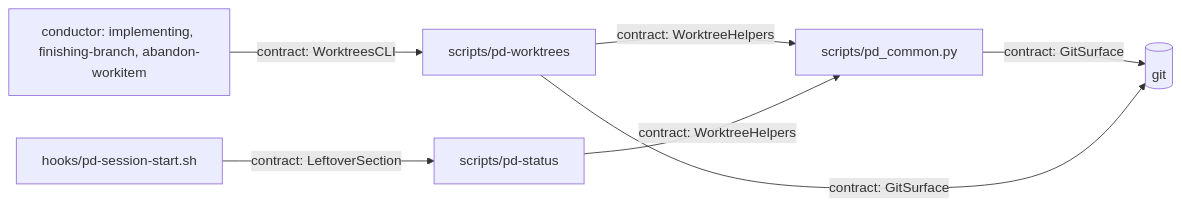
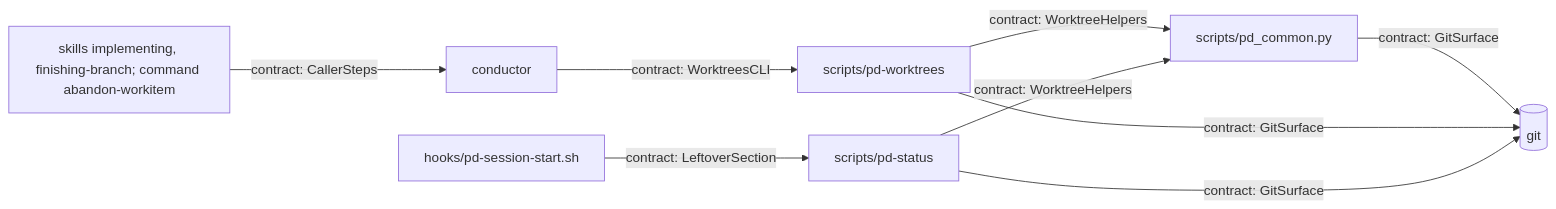
Before and after one commit to clthuang/pedantic-drip: the diagram in docs/dev_artifacts/workitems/2026-11-03-worktree-management-pd/shape.md, drawn with Mermaid. The commit also changed other lines of this file and 1 other file, not shown here.

````diff
--- a/docs/dev_artifacts/workitems/2026-11-03-worktree-management-pd/shape.md
+++ b/docs/dev_artifacts/workitems/2026-11-03-worktree-management-pd/shape.md
@@ -122,9 +122,11 @@
 ```mermaid
 flowchart LR
-    K[conductor: implementing, finishing-branch, abandon-workitem] -->|contract: WorktreesCLI| W[scripts/pd-worktrees]
+    I[skills implementing, finishing-branch; command abandon-workitem] -->|contract: CallerSteps| K[conductor]
+    K -->|contract: WorktreesCLI| W[scripts/pd-worktrees]
     W -->|contract: WorktreeHelpers| P[scripts/pd_common.py]
     S[scripts/pd-status] -->|contract: WorktreeHelpers| P
     P -->|contract: GitSurface| G[(git)]
     W -->|contract: GitSurface| G
+    S -->|contract: GitSurface| G
     H[hooks/pd-session-start.sh] -->|contract: LeftoverSection| S
 ```
````
